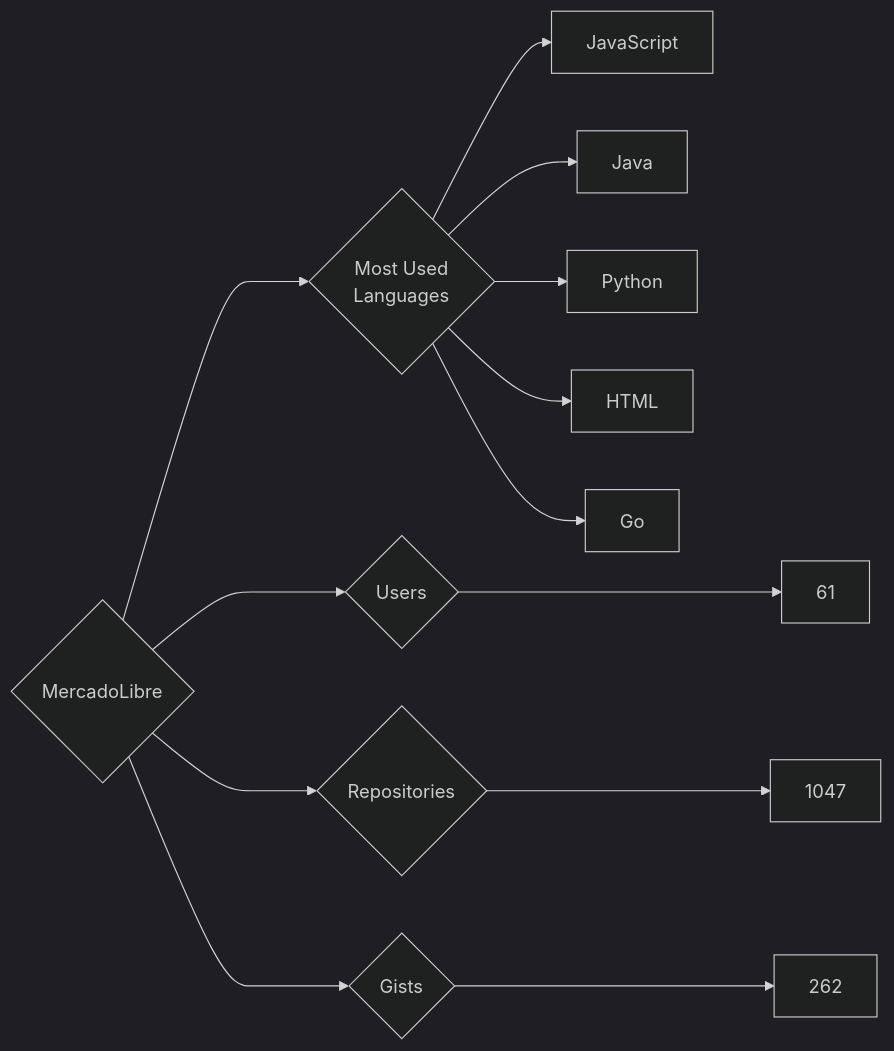
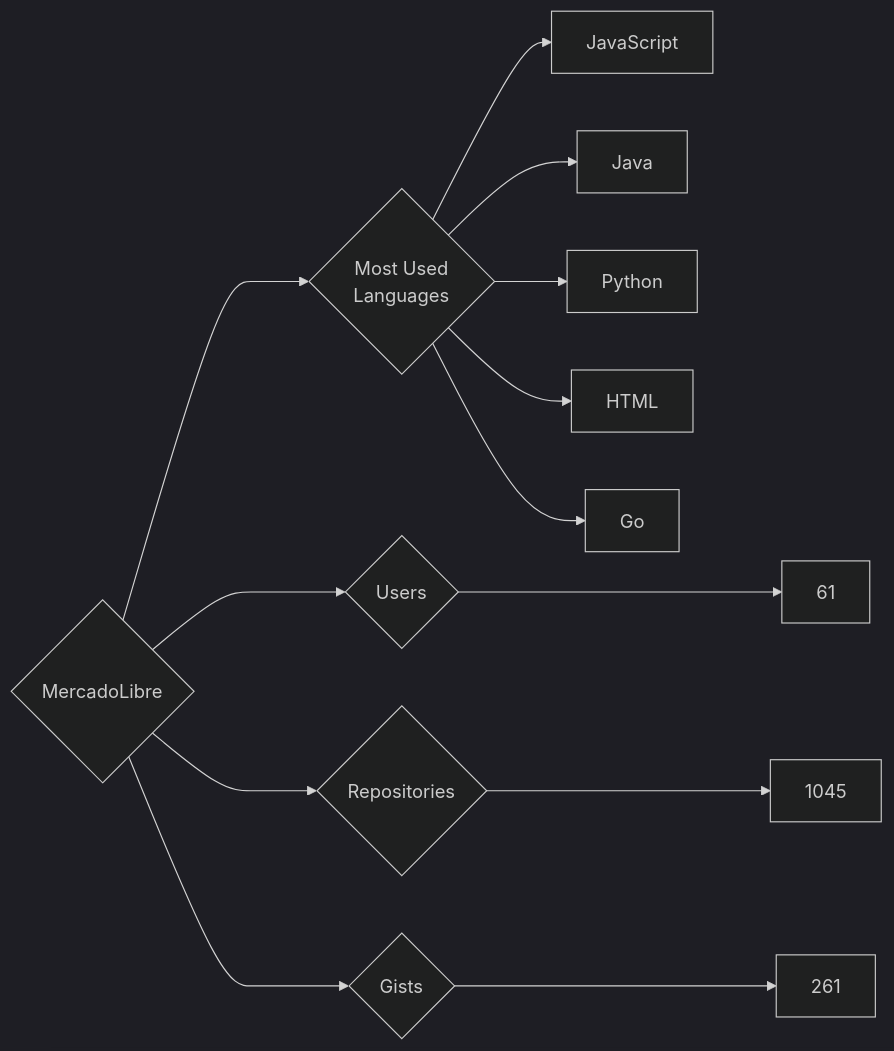
Before and after one commit to trickest/insiders: the diagram in targets/MercadoLibre/README.md, drawn with Mermaid (dark theme). The commit also changed 939 other files, not shown here.

````diff
--- a/targets/MercadoLibre/README.md
+++ b/targets/MercadoLibre/README.md
@@ -3,13 +3,13 @@
 ```mermaid
 graph LR
 COMPANY_NAME{MercadoLibre}
 COMPANY_NAME ---> U{Users} ---> UN[61]
-COMPANY_NAME ---> R{Repositories} ---> RN[1047]
-COMPANY_NAME ---> G{Gists} ---> GN[262]
+COMPANY_NAME ---> R{Repositories} ---> RN[1045]
+COMPANY_NAME ---> G{Gists} ---> GN[261]
 COMPANY_NAME ---> ML{Most Used<br>Languages}
 ML --> JavaScript[JavaScript]
 ML --> Java[Java]
 ML --> Python[Python]
 ML --> HTML[HTML]
 ML --> Go[Go]
 ```
````
